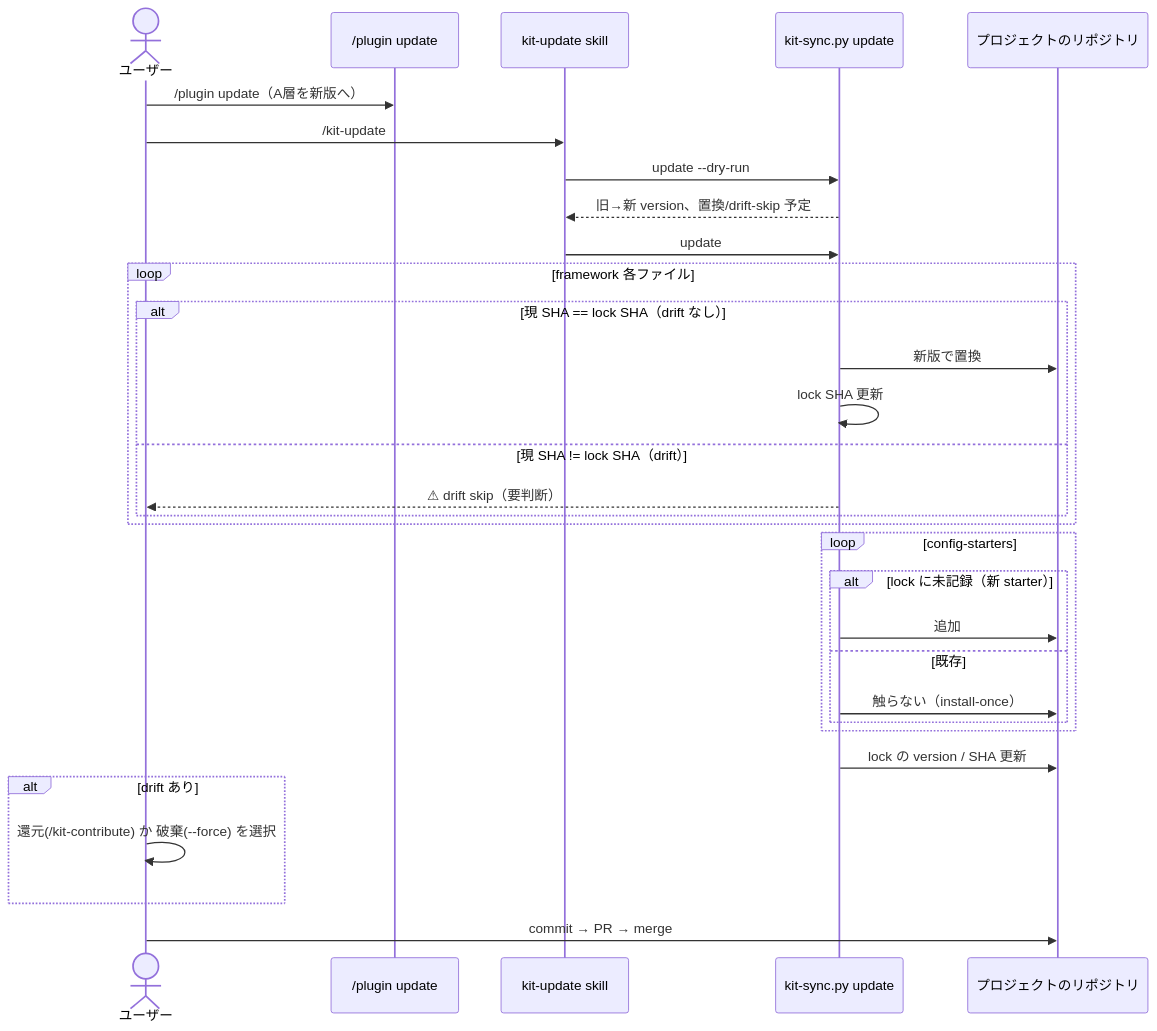
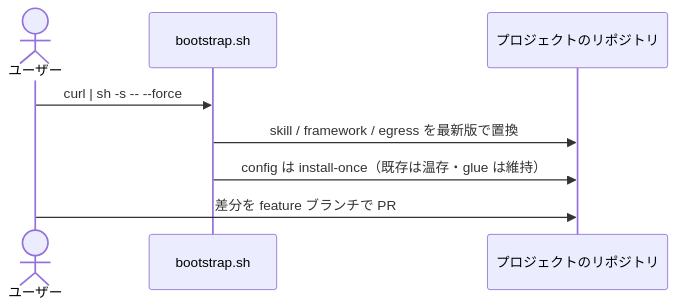
The fourth of 5 diagrams in docs/architecture.md (aRaikoFunakami/team-dev-kit), drawn with Mermaid before and after one commit. The commit also changed other lines of this file and 5 other files, not shown here.

````diff
--- a/docs/architecture.md
+++ b/docs/architecture.md
@@ -235,34 +195,11 @@
 ```mermaid
 sequenceDiagram
     actor U as ユーザー
-    participant PL as /plugin update
-    participant S as kit-update skill
-    participant P as kit-sync.py update
+    participant BS as bootstrap.sh
     participant FS as プロジェクトのリポジトリ
 
-    U->>PL: /plugin update（A層を新版へ）
-    U->>S: /kit-update
-    S->>P: update --dry-run
-    P-->>S: 旧→新 version、置換/drift-skip 予定
-    S->>P: update
-    loop framework 各ファイル
-        alt 現 SHA == lock SHA（drift なし）
-            P->>FS: 新版で置換
-            P->>P: lock SHA 更新
-        else 現 SHA != lock SHA（drift）
-            P-->>U: ⚠ drift skip（要判断）
-        end
-    end
-    loop config-starters
-        alt lock に未記録（新 starter）
-            P->>FS: 追加
-        else 既存
-            P->>FS: 触らない（install-once）
-        end
-    end
-    P->>FS: lock の version / SHA 更新
-    alt drift あり
-        U->>U: 還元(/kit-contribute) か 破棄(--force) を選択
-    end
-    U->>FS: commit → PR → merge
+    U->>BS: curl | sh -s -- --force
+    BS->>FS: skill / framework / egress を最新版で置換
+    BS->>FS: config は install-once（既存は温存・glue は維持）
+    U->>FS: 差分を feature ブランチで PR
 ```
````
